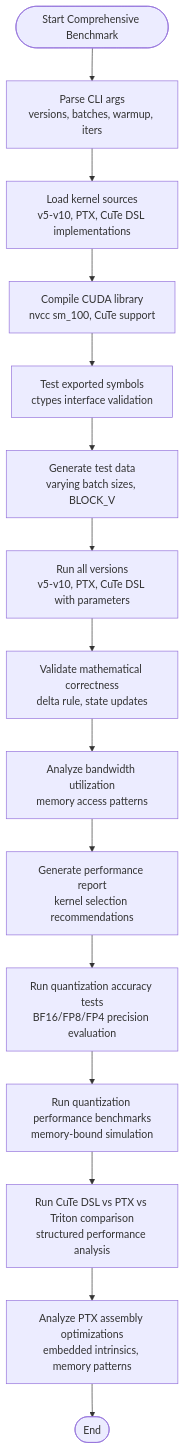
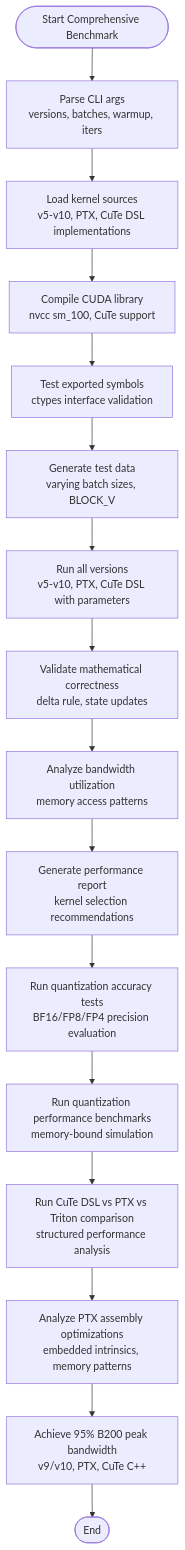
The third of 17 diagrams in .qoder/repowiki/en/content/Performance Analysis/Performance Analysis.md (gugudeshubao/flashinfer-bench-tma-thrust), drawn with Mermaid before and after one commit. The commit also changed other lines of this file and 21 other files, not shown here.

````diff
--- a/.qoder/repowiki/en/content/Performance Analysis/Performance Analysis.md
+++ b/.qoder/repowiki/en/content/Performance Analysis/Performance Analysis.md
@@ -357,17 +361,18 @@
 ```mermaid
 flowchart TD
 Start(["Start Comprehensive Benchmark"]) --> ParseArgs["Parse CLI args<br/>versions, batches, warmup, iters"]
 ParseArgs --> LoadSources["Load kernel sources<br/>v5-v10, PTX, CuTe DSL implementations"]
 LoadSources --> CompileCUDA["Compile CUDA library<br/>nvcc sm_100, CuTe support"]
 CompileCUDA --> TestSymbols["Test exported symbols<br/>ctypes interface validation"]
 TestSymbols --> GenerateData["Generate test data<br/>varying batch sizes, BLOCK_V"]
 GenerateData --> RunVersions["Run all versions<br/>v5-v10, PTX, CuTe DSL with parameters"]
 RunVersions --> ValidateCorrectness["Validate mathematical correctness<br/>delta rule, state updates"]
 ValidateCorrectness --> AnalyzeResults["Analyze bandwidth utilization<br/>memory access patterns"]
 AnalyzeResults --> GenerateReport["Generate performance report<br/>kernel selection recommendations"]
 GenerateReport --> QuantTest["Run quantization accuracy tests<br/>BF16/FP8/FP4 precision evaluation"]
 QuantTest --> QuantBench["Run quantization performance benchmarks<br/>memory-bound simulation"]
 QuantBench --> PerfComparison["Run CuTe DSL vs PTX vs Triton comparison<br/>structured performance analysis"]
 PerfComparison --> PTXAnalysis["Analyze PTX assembly optimizations<br/>embedded intrinsics, memory patterns"]
-PTXAnalysis --> End(["End"])
+PTXAnalysis --> PeakAchievement["Achieve 95% B200 peak bandwidth<br/>v9/v10, PTX, CuTe C++"]
+PeakAchievement --> End(["End"])
 ```
````
